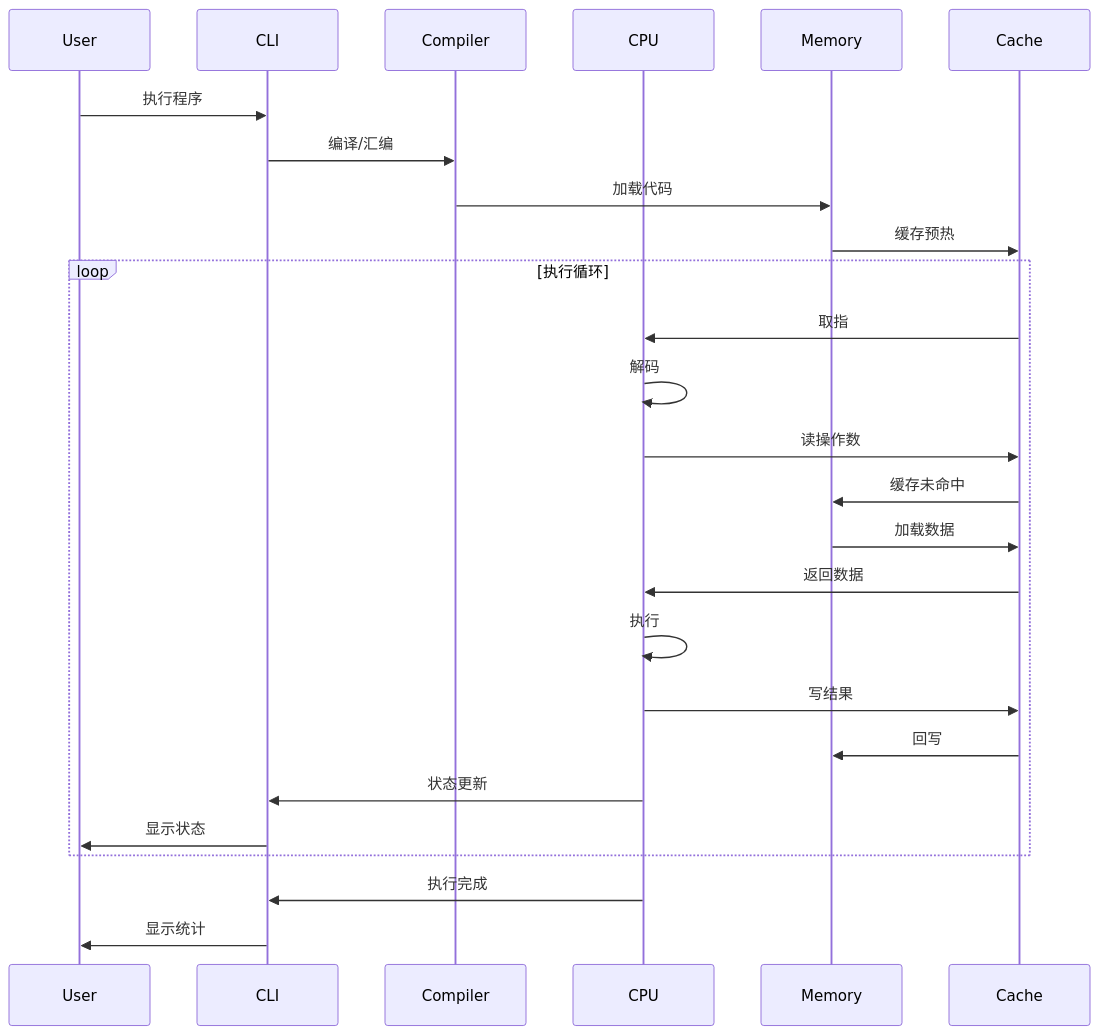
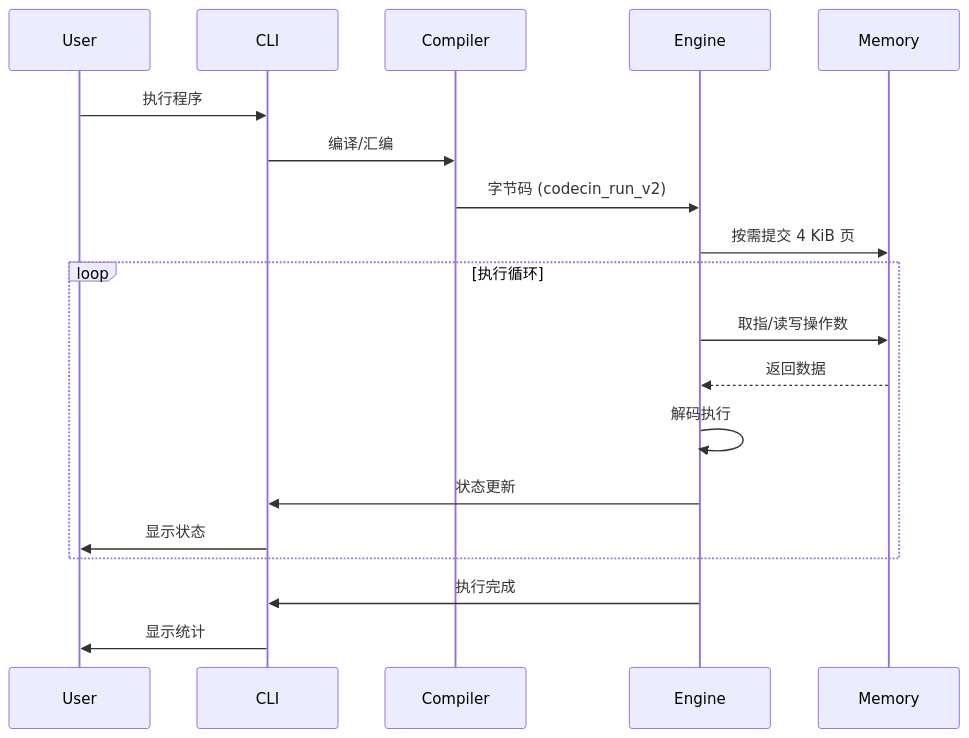
One commit to ByUsiStudio/Code-CIN changed the fifth of 15 diagrams in README.md. Above: the diagram before and after it, drawn with Mermaid. The commit also changed other lines of this file and 4 other files, not shown here.

````diff
--- a/README.md
+++ b/README.md
@@ -188,31 +181,24 @@
 ```mermaid
 sequenceDiagram
     participant User
     participant CLI
     participant Compiler
-    participant CPU
+    participant Engine
     participant Memory
-    participant Cache
-    
+
     User->>CLI: 执行程序
     CLI->>Compiler: 编译/汇编
-    Compiler->>Memory: 加载代码
-    Memory->>Cache: 缓存预热
-    
+    Compiler->>Engine: 字节码 (codecin_run_v2)
+    Engine->>Memory: 按需提交 4 KiB 页
+
     loop 执行循环
-        Cache->>CPU: 取指
-        CPU->>CPU: 解码
-        CPU->>Cache: 读操作数
-        Cache->>Memory: 缓存未命中
-        Memory->>Cache: 加载数据
-        Cache->>CPU: 返回数据
-        CPU->>CPU: 执行
-        CPU->>Cache: 写结果
-        Cache->>Memory: 回写
-        CPU->>CLI: 状态更新
+        Engine->>Memory: 取指/读写操作数
+        Memory-->>Engine: 返回数据
+        Engine->>Engine: 解码执行
+        Engine->>CLI: 状态更新
         CLI->>User: 显示状态
     end
-    
-    CPU->>CLI: 执行完成
+
+    Engine->>CLI: 执行完成
     CLI->>User: 显示统计
 ```
````
